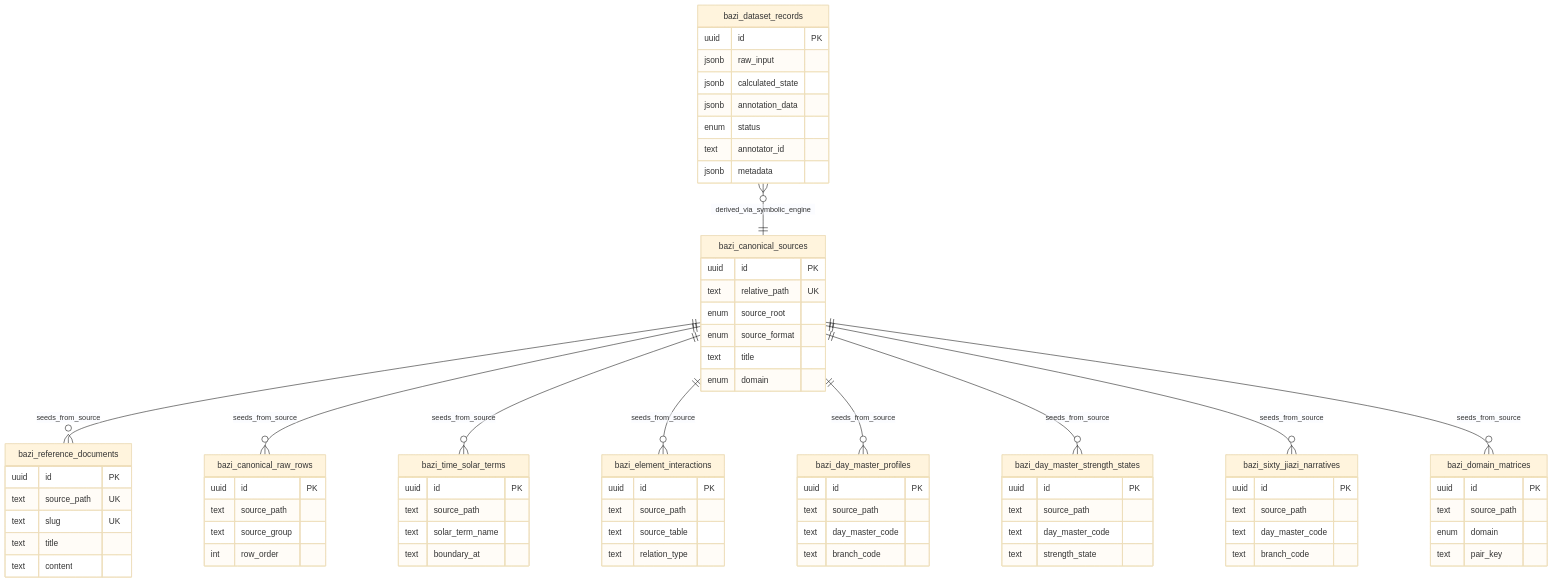
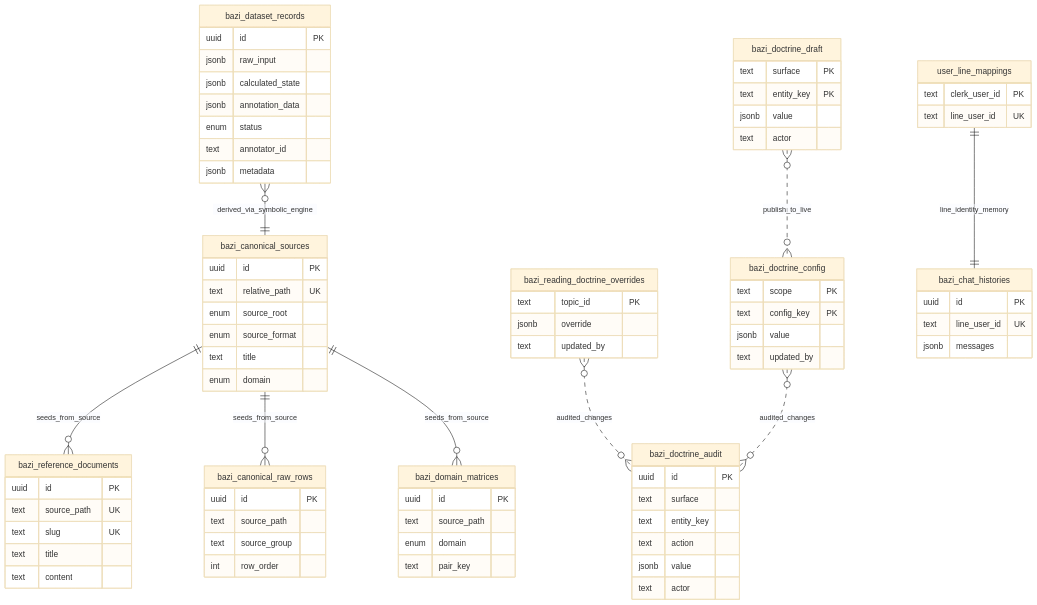
One commit to mojisejr/bazi-sft-dataset changed the diagram in project_map.md. Above: the diagram before and after it, drawn with Mermaid (base theme). The commit also changed other lines of this file, not shown here.

````diff
--- a/project_map.md
+++ b/project_map.md
@@ -252,41 +393,6 @@
     int row_order
   }
 
-  bazi_time_solar_terms {
-    uuid id PK
-    text source_path
-    text solar_term_name
-    text boundary_at
-  }
-
-  bazi_element_interactions {
-    uuid id PK
-    text source_path
-    text source_table
-    text relation_type
-  }
-
-  bazi_day_master_profiles {
-    uuid id PK
-    text source_path
-    text day_master_code
-    text branch_code
-  }
-
-  bazi_day_master_strength_states {
-    uuid id PK
-    text source_path
-    text day_master_code
-    text strength_state
-  }
-
-  bazi_sixty_jiazi_narratives {
-    uuid id PK
-    text source_path
-    text day_master_code
-    text branch_code
-  }
-
   bazi_domain_matrices {
     uuid id PK
     text source_path
@@ -294,13 +400,52 @@
     text pair_key
   }
 
+  bazi_reading_doctrine_overrides {
+    text topic_id PK
+    jsonb override
+    text updated_by
+  }
+
+  bazi_doctrine_config {
+    text scope PK
+    text config_key PK
+    jsonb value
+    text updated_by
+  }
+
+  bazi_doctrine_draft {
+    text surface PK
+    text entity_key PK
+    jsonb value
+    text actor
+  }
+
+  bazi_doctrine_audit {
+    uuid id PK
+    text surface
+    text entity_key
+    text action
+    jsonb value
+    text actor
+  }
+
+  user_line_mappings {
+    text clerk_user_id PK
+    text line_user_id UK
+  }
+
+  bazi_chat_histories {
+    uuid id PK
+    text line_user_id UK
+    jsonb messages
+  }
+
   bazi_canonical_sources ||--o{ bazi_reference_documents : seeds_from_source
   bazi_canonical_sources ||--o{ bazi_canonical_raw_rows : seeds_from_source
-  bazi_canonical_sources ||--o{ bazi_time_solar_terms : seeds_from_source
-  bazi_canonical_sources ||--o{ bazi_element_interactions : seeds_from_source
-  bazi_canonical_sources ||--o{ bazi_day_master_profiles : seeds_from_source
-  bazi_canonical_sources ||--o{ bazi_day_master_strength_states : seeds_from_source
-  bazi_canonical_sources ||--o{ bazi_sixty_jiazi_narratives : seeds_from_source
   bazi_canonical_sources ||--o{ bazi_domain_matrices : seeds_from_source
   bazi_dataset_records }o--|| bazi_canonical_sources : derived_via_symbolic_engine
+  bazi_reading_doctrine_overrides }o..o{ bazi_doctrine_audit : audited_changes
+  bazi_doctrine_config }o..o{ bazi_doctrine_audit : audited_changes
+  bazi_doctrine_draft }o..o{ bazi_doctrine_config : publish_to_live
+  user_line_mappings ||--|| bazi_chat_histories : line_identity_memory
 ```
````
